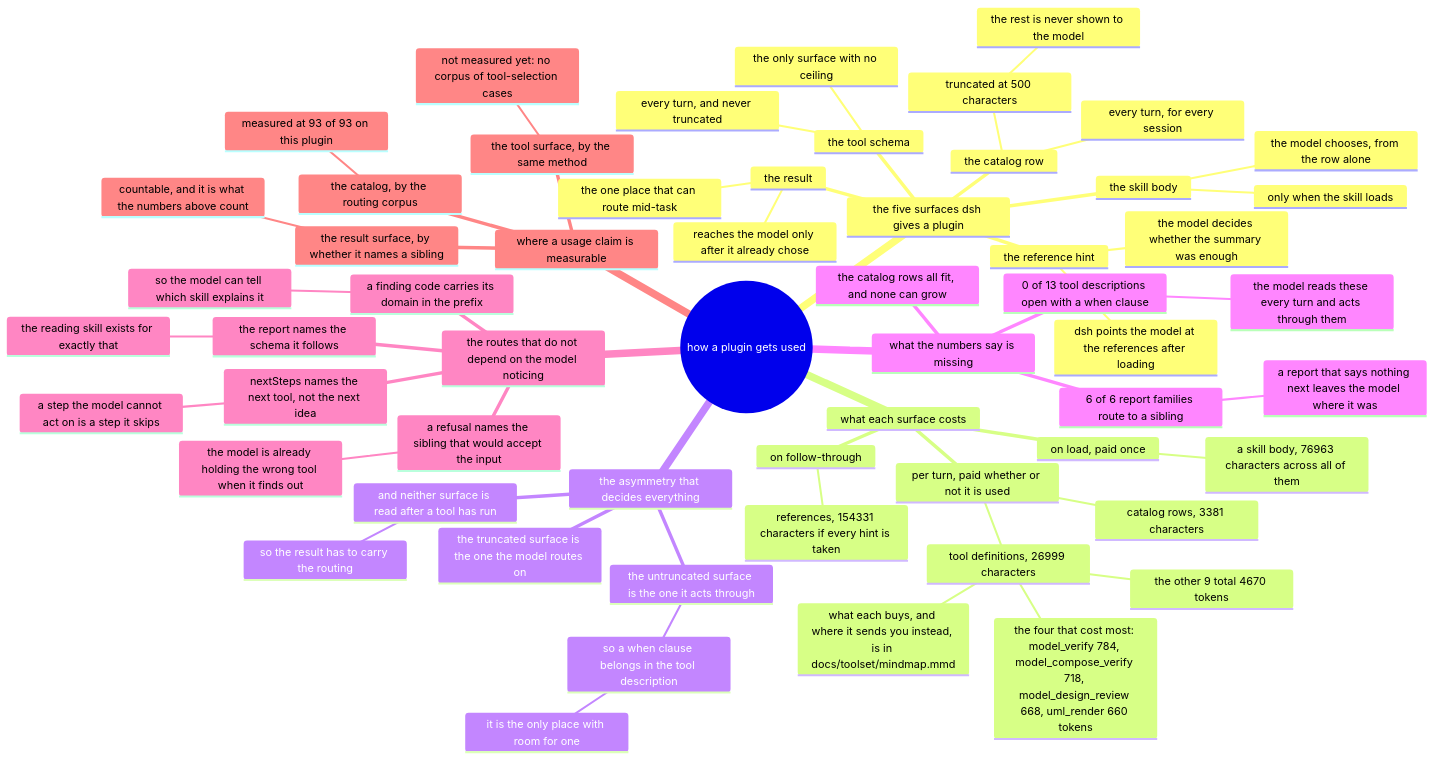
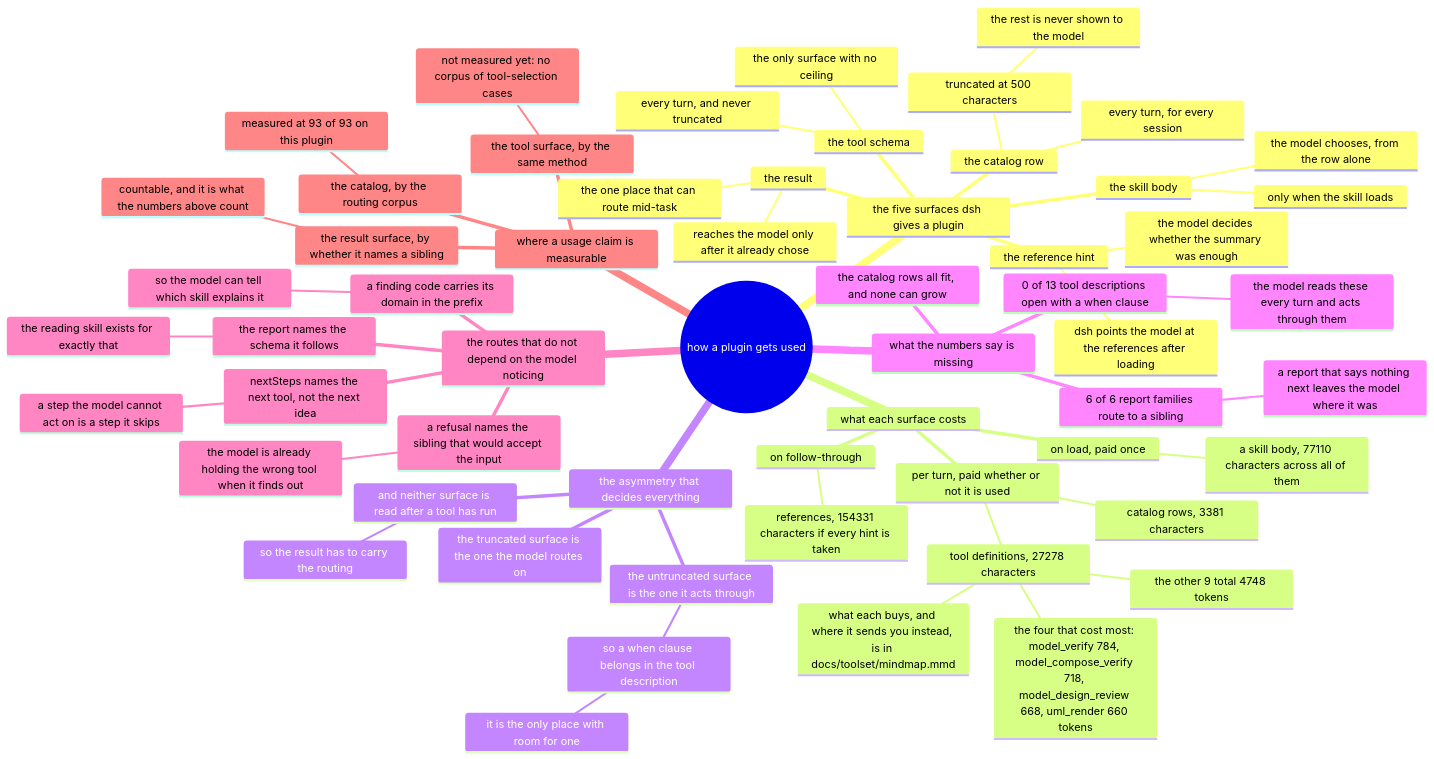
One commit to AmethystLuna/dsh-model-everything changed the diagram in docs/usage/mindmap.mmd. Above: the diagram before and after it, drawn with Mermaid. The commit also changed 18 other files, not shown here.

First line of the commit message:
feat(structure): build the graph from the source tree

```diff
--- a/docs/usage/mindmap.mmd
+++ b/docs/usage/mindmap.mmd
@@ -1,59 +1,59 @@
 mindmap
 root((how a plugin gets used))
   the five surfaces dsh gives a plugin
     the catalog row
       every turn, for every session
       truncated at 500 characters
         the rest is never shown to the model
     the skill body
       only when the skill loads
       the model chooses, from the row alone
     the reference hint
       dsh points the model at the references after loading
       the model decides whether the summary was enough
     the tool schema
       every turn, and never truncated
       the only surface with no ceiling
     the result
       reaches the model only after it already chose
       the one place that can route mid-task
   what each surface costs
     per turn, paid whether or not it is used
       catalog rows, 3381 characters
-      tool definitions, 26999 characters
+      tool definitions, 27278 characters
         the four that cost most: model_verify 784, model_compose_verify 718, model_design_review 668, uml_render 660 tokens
-        the other 9 total 4670 tokens
+        the other 9 total 4748 tokens
         what each buys, and where it sends you instead, is in docs/toolset/mindmap.mmd
     on load, paid once
-      a skill body, 76963 characters across all of them
+      a skill body, 77110 characters across all of them
     on follow-through
       references, 154331 characters if every hint is taken
   the asymmetry that decides everything
     the truncated surface is the one the model routes on
     the untruncated surface is the one it acts through
       so a when clause belongs in the tool description
         it is the only place with room for one
     and neither surface is read after a tool has run
       so the result has to carry the routing
   what the numbers say is missing
     0 of 13 tool descriptions open with a when clause
       the model reads these every turn and acts through them
     6 of 6 report families route to a sibling
       a report that says nothing next leaves the model where it was
     the catalog rows all fit, and none can grow
   the routes that do not depend on the model noticing
     a refusal names the sibling that would accept the input
       the model is already holding the wrong tool when it finds out
     nextSteps names the next tool, not the next idea
       a step the model cannot act on is a step it skips
     a finding code carries its domain in the prefix
       so the model can tell which skill explains it
     the report names the schema it follows
       the reading skill exists for exactly that
   where a usage claim is measurable
     the catalog, by the routing corpus
       measured at 93 of 93 on this plugin
     the tool surface, by the same method
       not measured yet: no corpus of tool-selection cases
     the result surface, by whether it names a sibling
       countable, and it is what the numbers above count
```
